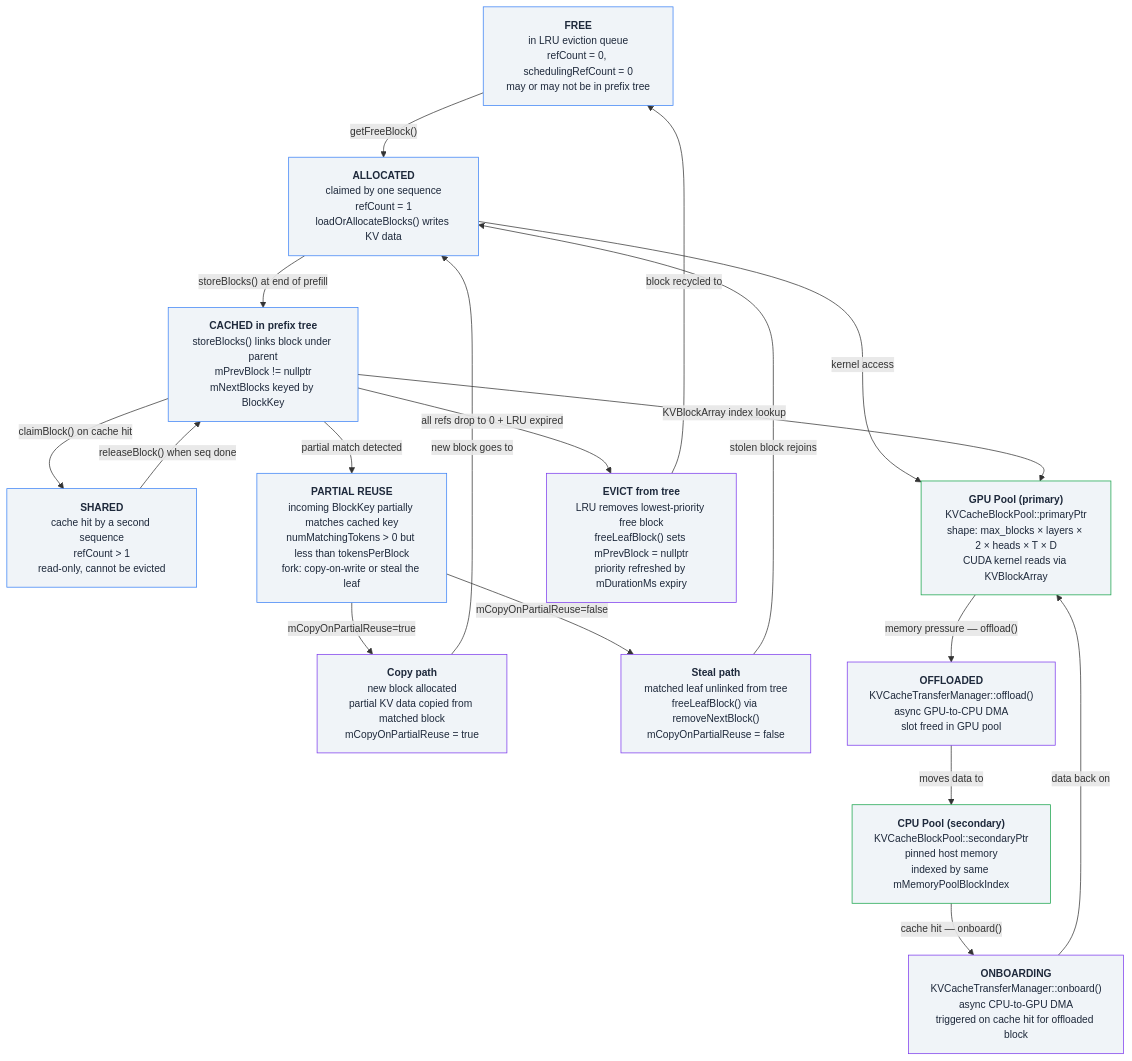
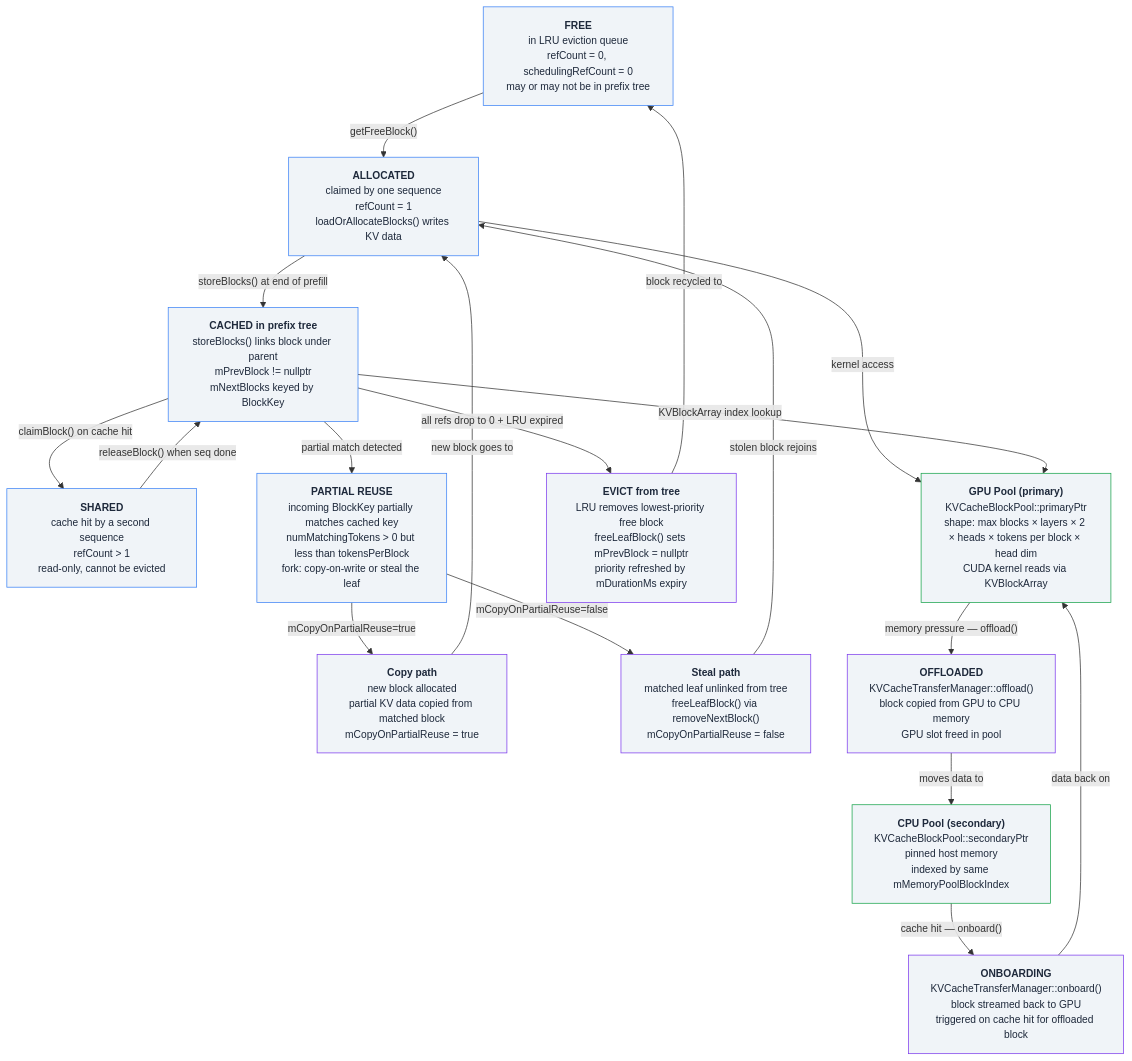
One commit to Pranshu258/Pranshu258.github.io changed the diagram in src/blogs/llmoptimizations/kvc-diagram4-fixed.mmd. Above: the diagram before and after it, drawn with Mermaid. The commit also changed 5 other files, not shown here.

Commit message:
updated diagrams

```diff
--- a/src/blogs/llmoptimizations/kvc-diagram4-fixed.mmd
+++ b/src/blogs/llmoptimizations/kvc-diagram4-fixed.mmd
@@ -1,51 +1,51 @@
 %%{init: {'themeVariables': {'background': '#f0f4f8', 'fontSize': '14px'}}}%%
 flowchart TD
     FREE["<b>FREE</b><br/>in LRU eviction queue<br/>refCount = 0, schedulingRefCount = 0<br/>may or may not be in prefix tree"]
 
     ALLOC["<b>ALLOCATED</b><br/>claimed by one sequence<br/>refCount = 1<br/>loadOrAllocateBlocks() writes KV data"]
 
     CACHED["<b>CACHED in prefix tree</b><br/>storeBlocks() links block under parent<br/>mPrevBlock != nullptr<br/>mNextBlocks keyed by BlockKey"]
 
     SHARED["<b>SHARED</b><br/>cache hit by a second sequence<br/>refCount > 1<br/>read-only, cannot be evicted"]
 
     PARTIAL["<b>PARTIAL REUSE</b><br/>incoming BlockKey partially matches cached key<br/>numMatchingTokens > 0 but less than tokensPerBlock<br/>fork: copy-on-write or steal the leaf"]
 
     COPY["<b>Copy path</b><br/>new block allocated<br/>partial KV data copied from matched block<br/>mCopyOnPartialReuse = true"]
 
     STEAL["<b>Steal path</b><br/>matched leaf unlinked from tree<br/>freeLeafBlock() via removeNextBlock()<br/>mCopyOnPartialReuse = false"]
 
-    GPU["<b>GPU Pool (primary)</b><br/>KVCacheBlockPool::primaryPtr<br/>shape: max_blocks × layers × 2 × heads × T × D<br/>CUDA kernel reads via KVBlockArray"]
+    GPU["<b>GPU Pool (primary)</b><br/>KVCacheBlockPool::primaryPtr<br/>shape: max blocks × layers × 2 × heads × tokens per block × head dim<br/>CUDA kernel reads via KVBlockArray"]
 
     CPU["<b>CPU Pool (secondary)</b><br/>KVCacheBlockPool::secondaryPtr<br/>pinned host memory<br/>indexed by same mMemoryPoolBlockIndex"]
 
-    OFFLOAD["<b>OFFLOADED</b><br/>KVCacheTransferManager::offload()<br/>async GPU-to-CPU DMA<br/>slot freed in GPU pool"]
+    OFFLOAD["<b>OFFLOADED</b><br/>KVCacheTransferManager::offload()<br/>block copied from GPU to CPU memory<br/>GPU slot freed in pool"]
 
-    ONBOARD["<b>ONBOARDING</b><br/>KVCacheTransferManager::onboard()<br/>async CPU-to-GPU DMA<br/>triggered on cache hit for offloaded block"]
+    ONBOARD["<b>ONBOARDING</b><br/>KVCacheTransferManager::onboard()<br/>block streamed back to GPU<br/>triggered on cache hit for offloaded block"]
 
     EVICT["<b>EVICT from tree</b><br/>LRU removes lowest-priority free block<br/>freeLeafBlock() sets mPrevBlock = nullptr<br/>priority refreshed by mDurationMs expiry"]
 
     FREE -->|"getFreeBlock()"| ALLOC
     ALLOC -->|"storeBlocks() at end of prefill"| CACHED
     CACHED -->|"claimBlock() on cache hit"| SHARED
     SHARED -->|"releaseBlock() when seq done"| CACHED
     CACHED -->|"partial match detected"| PARTIAL
     PARTIAL -->|"mCopyOnPartialReuse=true"| COPY
     PARTIAL -->|"mCopyOnPartialReuse=false"| STEAL
     COPY -->|"new block goes to"| ALLOC
     STEAL -->|"stolen block rejoins"| ALLOC
     ALLOC -->|"kernel access"| GPU
     CACHED -->|"KVBlockArray index lookup"| GPU
     GPU -->|"memory pressure — offload()"| OFFLOAD
     OFFLOAD -->|"moves data to"| CPU
     CPU -->|"cache hit — onboard()"| ONBOARD
     ONBOARD -->|"data back on"| GPU
     CACHED -->|"all refs drop to 0 + LRU expired"| EVICT
     EVICT -->|"block recycled to"| FREE
 
     classDef state fill:#f0f4f8,color:#1e293b,stroke:#3b82f6
     classDef data fill:#f0f4f8,color:#1e293b,stroke:#16a34a
     classDef op fill:#f0f4f8,color:#1e293b,stroke:#7c3aed
 
     class FREE,ALLOC,CACHED,SHARED,PARTIAL state
     class GPU,CPU data
     class COPY,STEAL,OFFLOAD,ONBOARD,EVICT op
```
